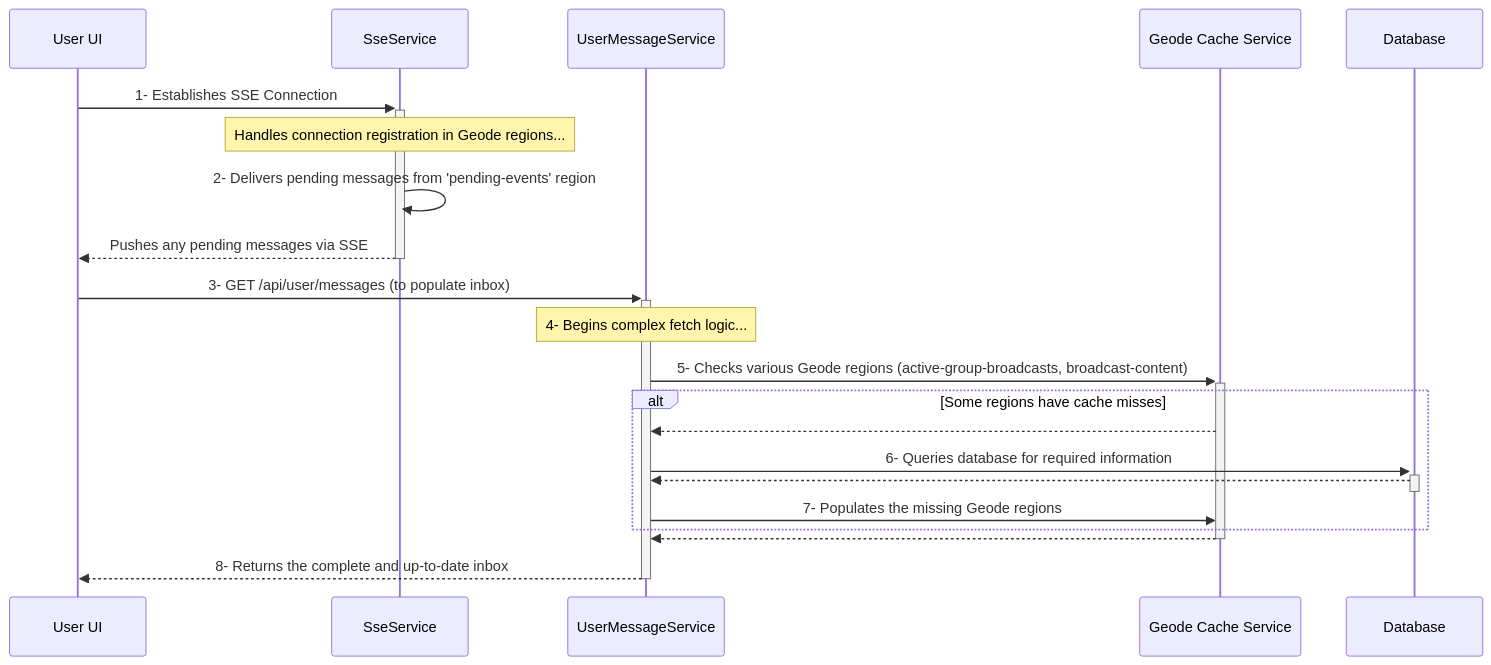
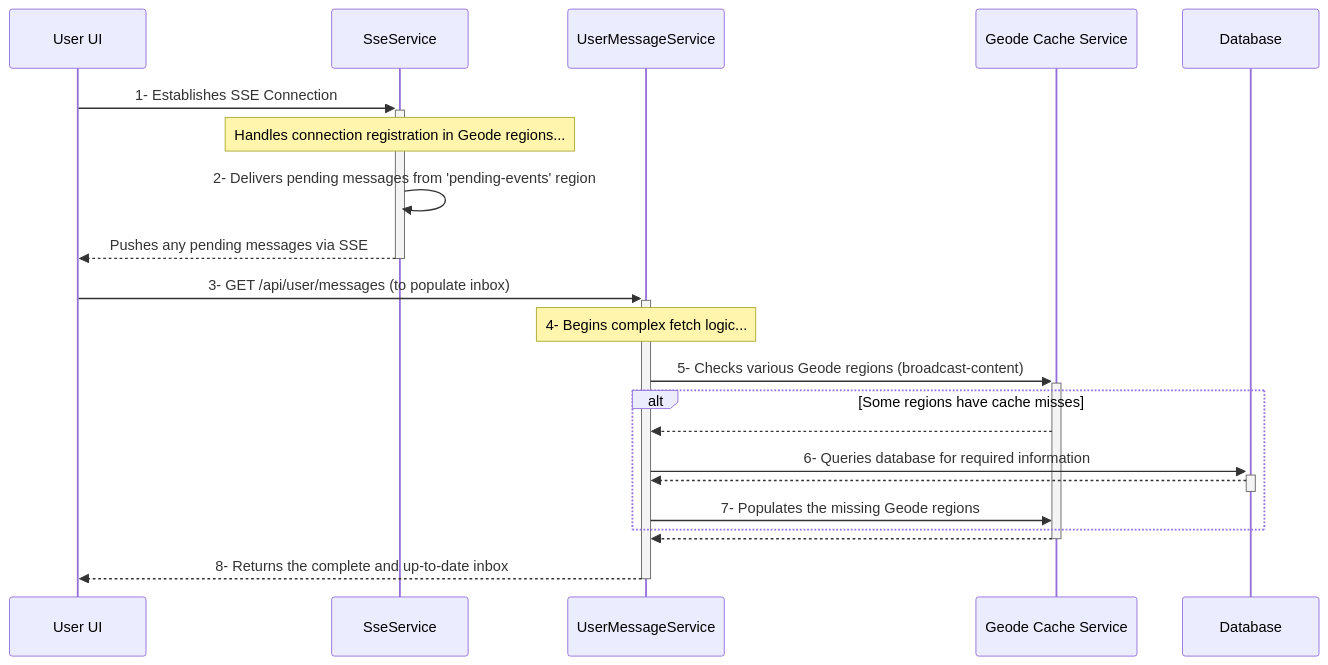
One commit to rsrini7/Notification-SSE-GLM-Flux changed the diagram in MermaidDiagrams/seq-active-group-inbox.mmd. Above: the diagram before and after it, drawn with Mermaid. The commit also changed 11 other files, not shown here.

First line of the commit message:
refactor(broadcast): remove active-group-broadcasts region and related code

```diff
--- a/MermaidDiagrams/seq-active-group-inbox.mmd
+++ b/MermaidDiagrams/seq-active-group-inbox.mmd
@@ -1,23 +1,23 @@
 sequenceDiagram
     participant UserUI as User UI
     participant SseSvc as SseService
     participant UserMsgSvc as UserMessageService
     participant GeodeCache as Geode Cache Service
     participant DB as Database
 
     UserUI->>+SseSvc: 1- Establishes SSE Connection
     Note over SseSvc: Handles connection registration in Geode regions...
     SseSvc->>SseSvc: 2- Delivers pending messages from 'pending-events' region
     SseSvc-->>-UserUI: Pushes any pending messages via SSE
     
     UserUI->>+UserMsgSvc: 3- GET /api/user/messages (to populate inbox)
     Note over UserMsgSvc: 4- Begins complex fetch logic... 
-    UserMsgSvc->>+GeodeCache: 5- Checks various Geode regions (active-group-broadcasts, broadcast-content)
+    UserMsgSvc->>+GeodeCache: 5- Checks various Geode regions (broadcast-content)
     alt Some regions have cache misses
         GeodeCache-->>UserMsgSvc: 
         UserMsgSvc->>+DB: 6- Queries database for required information
         DB-->>-UserMsgSvc: 
         UserMsgSvc->>GeodeCache: 7- Populates the missing Geode regions
     end
     GeodeCache-->>-UserMsgSvc: 
     UserMsgSvc-->>-UserUI: 8- Returns the complete and up-to-date inbox
```
